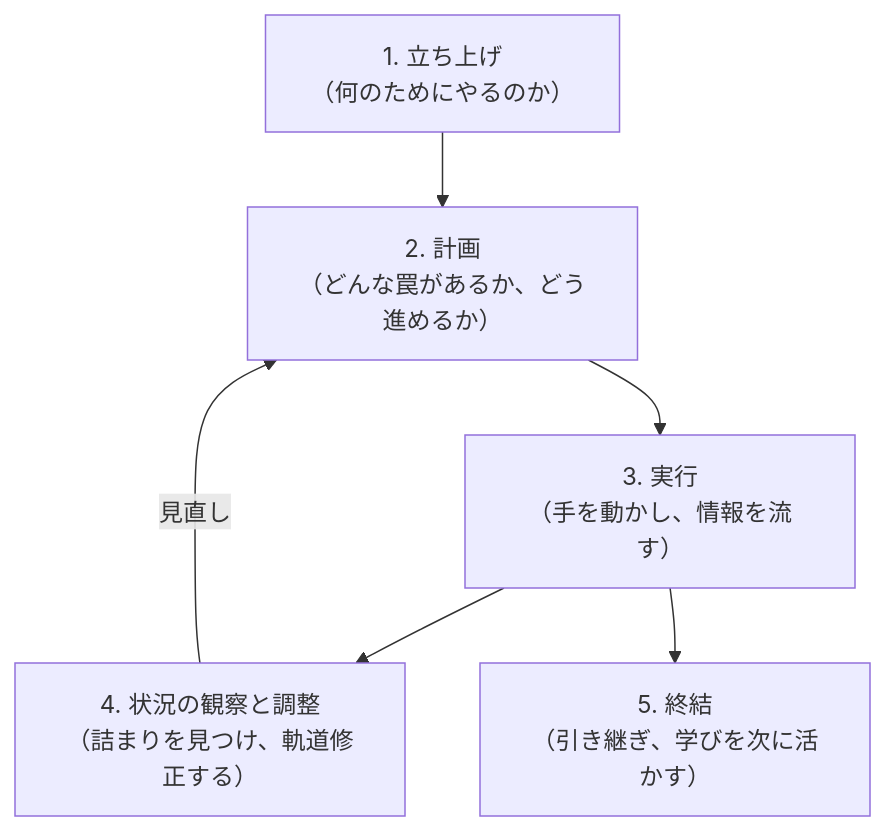
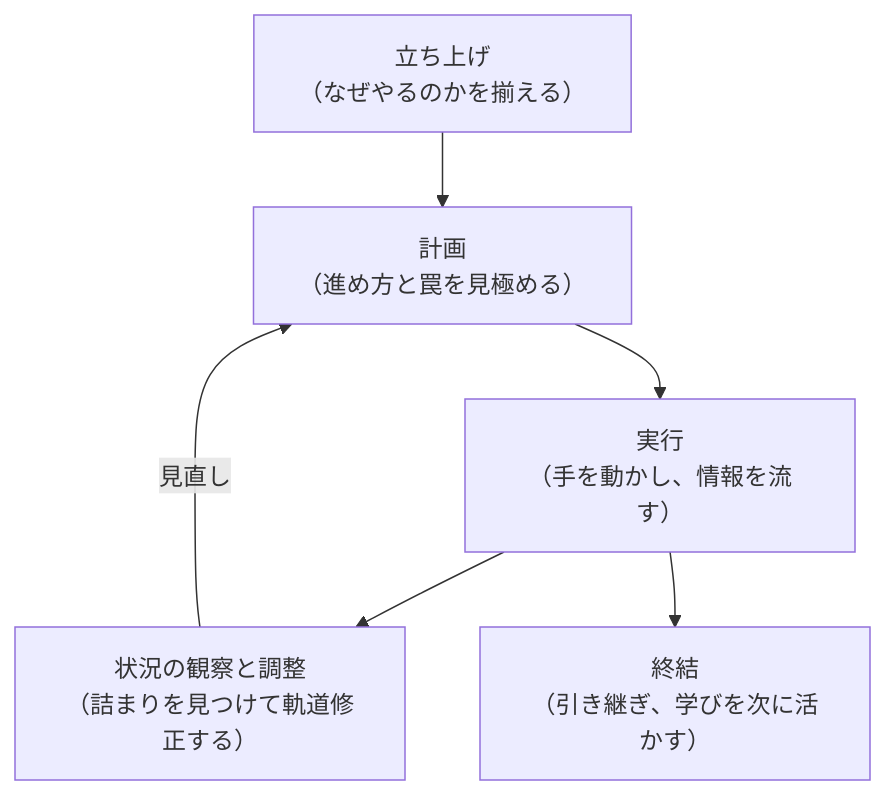
Before and after one commit to MasuqaT-NET/Zenn-contents: the diagram in books/project-management-as-dandori/2.what-is-project-management.md, drawn with Mermaid. The commit also changed other lines of this file and 7 other files, not shown here.

````diff
--- a/books/project-management-as-dandori/2.what-is-project-management.md
+++ b/books/project-management-as-dandori/2.what-is-project-management.md
@@ -35,8 +35,8 @@
 ```mermaid
 flowchart TD
-    initiating["1. 立ち上げ<br>（何のためにやるのか）"] --> planning["2. 計画<br>（どんな罠があるか、どう進めるか）"]
-    planning --> executing["3. 実行<br>（手を動かし、情報を流す）"]
-    executing --> monitoring["4. 状況の観察と調整<br>（詰まりを見つけ、軌道修正する）"]
+    initiating["立ち上げ<br>（なぜやるのかを揃える）"] --> planning["計画<br>（進め方と罠を見極める）"]
+    planning --> executing["実行<br>（手を動かし、情報を流す）"]
+    executing --> monitoring["状況の観察と調整<br>（詰まりを見つけて軌道修正する）"]
     monitoring -->|見直し| planning
-    executing --> closing["5. 終結<br>（引き継ぎ、学びを次に活かす）"]
+    executing --> closing["終結<br>（引き継ぎ、学びを次に活かす）"]
 ```
````
